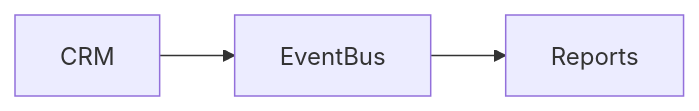
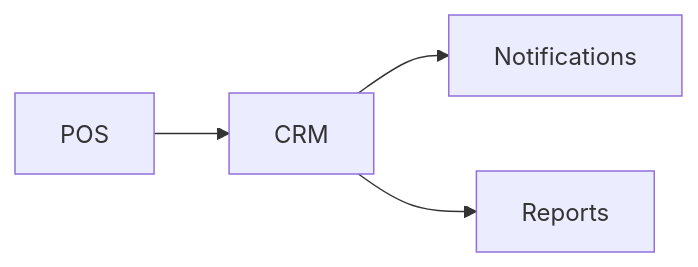
Before and after one commit to sameheg/cafeos: the diagram in ModulesDoc/CRM.md, drawn with Mermaid. The commit also changed other lines of this file and 21 other files, not shown here.

````diff
--- a/ModulesDoc/CRM.md
+++ b/ModulesDoc/CRM.md
@@ -16,5 +17,6 @@
 ```mermaid
 flowchart LR
-  A[CRM] --> B[EventBus]
-  B --> C[Reports]
+  POS --> CRM
+  CRM --> Notifications
+  CRM --> Reports
 ```
````
